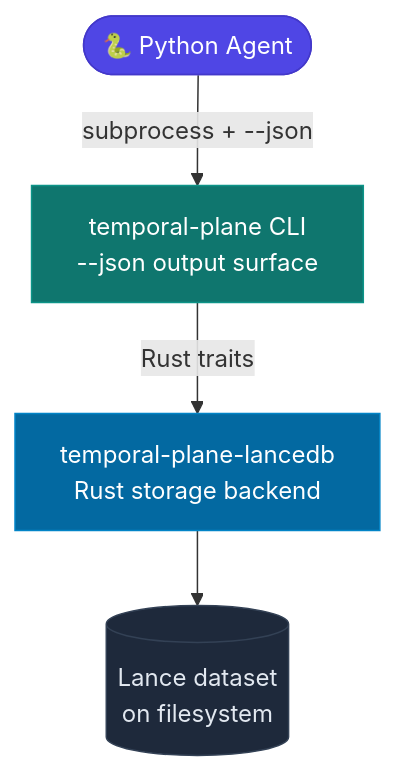
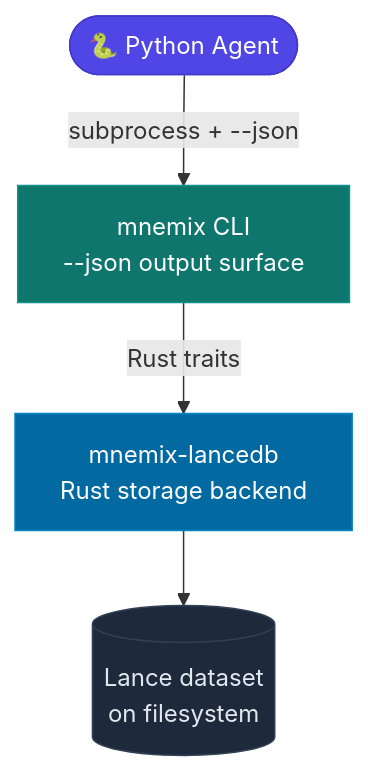
The third of 3 diagrams in README.md (micahcourey/temporal-plane), drawn with Mermaid before and after one commit. The commit also changed other lines of this file and 161 other files, not shown here.

````diff
--- a/README.md
+++ b/README.md
@@ -287,16 +288,16 @@
 ```mermaid
 flowchart TD
     A(["🐍 Python Agent"])
-    B["temporal-plane CLI<br/>--json output surface"]
-    C["temporal-plane-lancedb<br/>Rust storage backend"]
+    B["mnemix CLI<br/>--json output surface"]
+    C["mnemix-lancedb<br/>Rust storage backend"]
     D[("Lance dataset<br/>on filesystem")]
 
     A -- "subprocess + --json" --> B
     B -- "Rust traits" --> C
     C --> D
 
     style A fill:#4f46e5,color:#fff,stroke:#4338ca
     style B fill:#0f766e,color:#fff,stroke:#0d9488
     style C fill:#0369a1,color:#fff,stroke:#0284c7
     style D fill:#1e293b,color:#e2e8f0,stroke:#334155
 ```
````
